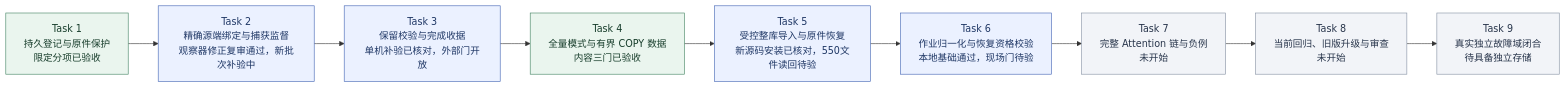
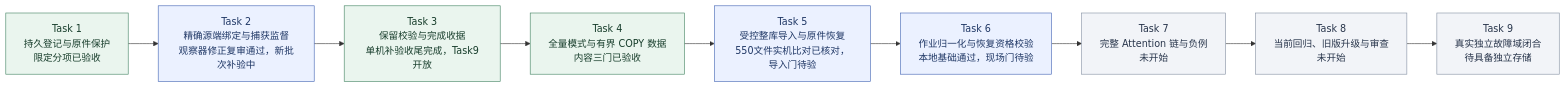
The second of 9 diagrams in docs/KnowWeave实施路线与系统架构.md (MansurnamedZhang/learning-system-p0c4), drawn with Mermaid before and after one commit. The commit also changed other lines of this file and 4 other files, not shown here.

````diff
--- a/docs/KnowWeave实施路线与系统架构.md
+++ b/docs/KnowWeave实施路线与系统架构.md
@@ -72,26 +72,26 @@
 ```mermaid
 flowchart LR
     C4T1["Task 1<br/>持久登记与原件保护<br/>限定分项已验收"]
     C4T2["Task 2<br/>精确源端绑定与捕获监督<br/>观察器修正复审通过，新批次补验中"]
-    C4T3["Task 3<br/>保留校验与完成收据<br/>单机补验已核对，外部门开放"]
+    C4T3["Task 3<br/>保留校验与完成收据<br/>单机补验收尾完成，Task9开放"]
     C4T4["Task 4<br/>全量模式与有界 COPY 数据<br/>内容三门已验收"]
-    C4T5["Task 5<br/>受控整库导入与原件恢复<br/>新源码安装已核对，550文件读回待验"]
+    C4T5["Task 5<br/>受控整库导入与原件恢复<br/>550文件实机比对已核对，导入门待验"]
     C4T6["Task 6<br/>作业归一化与恢复资格校验<br/>本地基础通过，现场门待验"]
     C4T7["Task 7<br/>完整 Attention 链与负例<br/>未开始"]
     C4T8["Task 8<br/>当前回归、旧版升级与审查<br/>未开始"]
     C4T9["Task 9<br/>真实独立故障域闭合<br/>待具备独立存储"]
     C4T1 --> C4T2
     C4T2 --> C4T3
     C4T3 --> C4T4
     C4T4 --> C4T5
     C4T5 --> C4T6
     C4T6 --> C4T7
     C4T7 --> C4T8
     C4T8 --> C4T9
-    class C4T1,C4T4 done
-    class C4T2,C4T3,C4T5,C4T6 next
+    class C4T1,C4T3,C4T4 done
+    class C4T2,C4T5,C4T6 next
     class C4T7,C4T8,C4T9 planned
     classDef done fill:#eaf5ee,stroke:#438363,color:#173d2b
     classDef next fill:#ebf1ff,stroke:#4365b4,color:#203866
     classDef planned fill:#f2f4f8,stroke:#8591a3,color:#28354b
 ```
````
